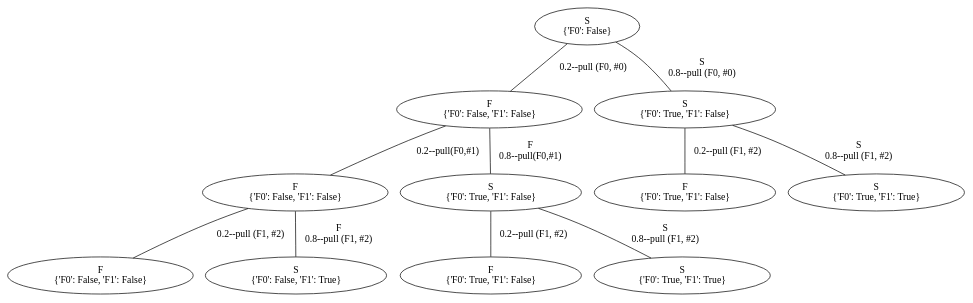
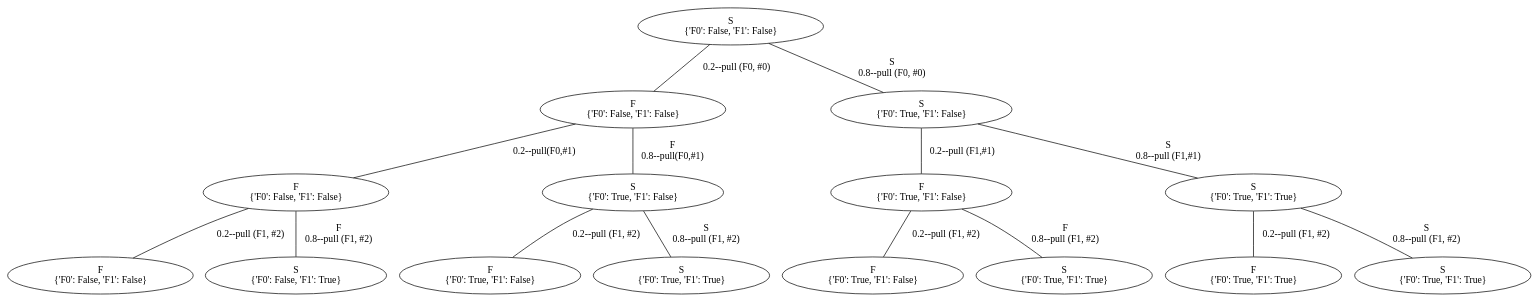
The diagram in G.gv (YasinBoloorchi/WARP-Simulator), drawn with Graphviz before and after one commit. The commit also changed 4 other files, not shown here.

```diff
--- a/G.gv
+++ b/G.gv
@@ -1,54 +1,74 @@
 graph G {
-	140001827957216 [label="S
-{'F0': False}"]
-	140001827957024 [label="S
+	140558885841280 [label="S
 {'F0': False, 'F1': False}"]
-	140001827957216 -- 140001827957024 [label="0.2--pull (F0, #0)"]
-	140001827957024 [label="F
+	140558885841088 [label="S
 {'F0': False, 'F1': False}"]
-	140001827956976 [label="F
+	140558885841280 -- 140558885841088 [label="0.2--pull (F0, #0)"]
+	140558885841088 [label="F
 {'F0': False, 'F1': False}"]
-	140001827957024 -- 140001827956976 [label="0.2--pull(F0,#1)"]
-	140001827956976 [label="F
+	140558883914128 [label="F
 {'F0': False, 'F1': False}"]
-	140001826030304 [label="F
+	140558885841088 -- 140558883914128 [label="0.2--pull(F0,#1)"]
+	140558883914128 [label="F
 {'F0': False, 'F1': False}"]
-	140001827956976 -- 140001826030304 [label="0.2--pull (F1, #2)"]
-	140001826030304 [label="F
+	140558883914080 [label="F
 {'F0': False, 'F1': False}"]
-	140001826030544 [label="{'F0': False, 'F1': True}"]
-	140001827956976 -- 140001826030544 [label="F
+	140558883914128 -- 140558883914080 [label="0.2--pull (F1, #2)"]
+	140558883914080 [label="F
+{'F0': False, 'F1': False}"]
+	140558883913984 [label="{'F0': False, 'F1': True}"]
+	140558883914128 -- 140558883913984 [label="F
 0.8--pull (F1, #2)"]
-	140001826030544 [label="S
+	140558883913984 [label="S
 {'F0': False, 'F1': True}"]
-	140001826030160 [label="{'F0': True, 'F1': False}"]
-	140001827957024 -- 140001826030160 [label="F
+	140558883914368 [label="{'F0': True, 'F1': False}"]
+	140558885841088 -- 140558883914368 [label="F
 0.8--pull(F0,#1)"]
-	140001826030160 [label="S
+	140558883914368 [label="S
 {'F0': True, 'F1': False}"]
-	140001826030352 [label="S
+	140558883914272 [label="S
 {'F0': True, 'F1': False}"]
-	140001826030160 -- 140001826030352 [label="0.2--pull (F1, #2)"]
-	140001826030352 [label="F
+	140558883914368 -- 140558883914272 [label="0.2--pull (F1, #2)"]
+	140558883914272 [label="F
 {'F0': True, 'F1': False}"]
-	140001826030256 [label="{'F0': True, 'F1': True}"]
-	140001826030160 -- 140001826030256 [label="S
+	140558883914320 [label="{'F0': True, 'F1': True}"]
+	140558883914368 -- 140558883914320 [label="S
 0.8--pull (F1, #2)"]
-	140001826030256 [label="S
+	140558883914320 [label="S
 {'F0': True, 'F1': True}"]
-	140001827956928 [label="{'F0': True, 'F1': False}"]
-	140001827957216 -- 140001827956928 [label="S
+	140558885841136 [label="{'F0': True, 'F1': False}"]
+	140558885841280 -- 140558885841136 [label="S
 0.8--pull (F0, #0)"]
-	140001827956928 [label="S
+	140558885841136 [label="S
 {'F0': True, 'F1': False}"]
-	140001826030400 [label="S
+	140558883914176 [label="S
 {'F0': True, 'F1': False}"]
-	140001827956928 -- 140001826030400 [label="0.2--pull (F1, #2)"]
-	140001826030400 [label="F
+	140558885841136 -- 140558883914176 [label="0.2--pull (F1,#1)"]
+	140558883914176 [label="F
 {'F0': True, 'F1': False}"]
-	140001826030448 [label="{'F0': True, 'F1': True}"]
-	140001827956928 -- 140001826030448 [label="S
+	140558883914416 [label="F
+{'F0': True, 'F1': False}"]
+	140558883914176 -- 140558883914416 [label="0.2--pull (F1, #2)"]
+	140558883914416 [label="F
+{'F0': True, 'F1': False}"]
+	140558883914464 [label="{'F0': True, 'F1': True}"]
+	140558883914176 -- 140558883914464 [label="F
 0.8--pull (F1, #2)"]
-	140001826030448 [label="S
+	140558883914464 [label="S
+{'F0': True, 'F1': True}"]
+	140558883914224 [label="{'F0': True, 'F1': True}"]
+	140558885841136 -- 140558883914224 [label="S
+0.8--pull (F1,#1)"]
+	140558883914224 [label="S
+{'F0': True, 'F1': True}"]
+	140558883914512 [label="S
+{'F0': True, 'F1': True}"]
+	140558883914224 -- 140558883914512 [label="0.2--pull (F1, #2)"]
+	140558883914512 [label="F
+{'F0': True, 'F1': True}"]
+	140558883914560 [label="{'F0': True, 'F1': True}"]
+	140558883914224 -- 140558883914560 [label="S
+0.8--pull (F1, #2)"]
+	140558883914560 [label="S
 {'F0': True, 'F1': True}"]
 }
```
